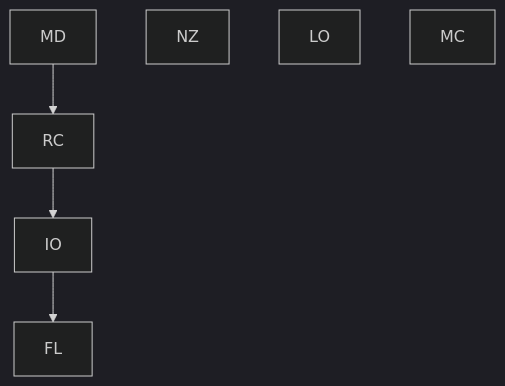
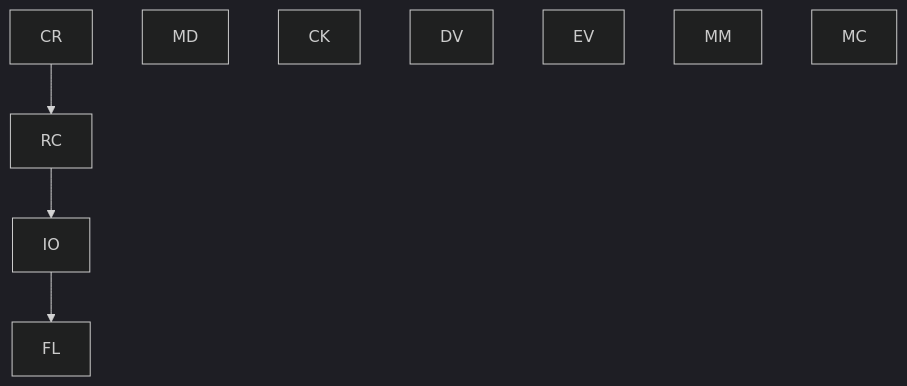
The third of 19 diagrams in README.md (acumartini/dectet-public), drawn with Mermaid (dark theme) before and after one commit. The commit also changed other lines of this file, not shown here.

````diff
--- a/README.md
+++ b/README.md
@@ -1125,9 +1126,11 @@
 ```mermaid
 flowchart TD
   IO-->FL
-  MD-->RC-->IO
-  NZ
-  LO
-  FL
+  CR-->RC-->IO
+  MD
+  CK
+  DV
+  EV
+  MM
   MC
 ```
````
